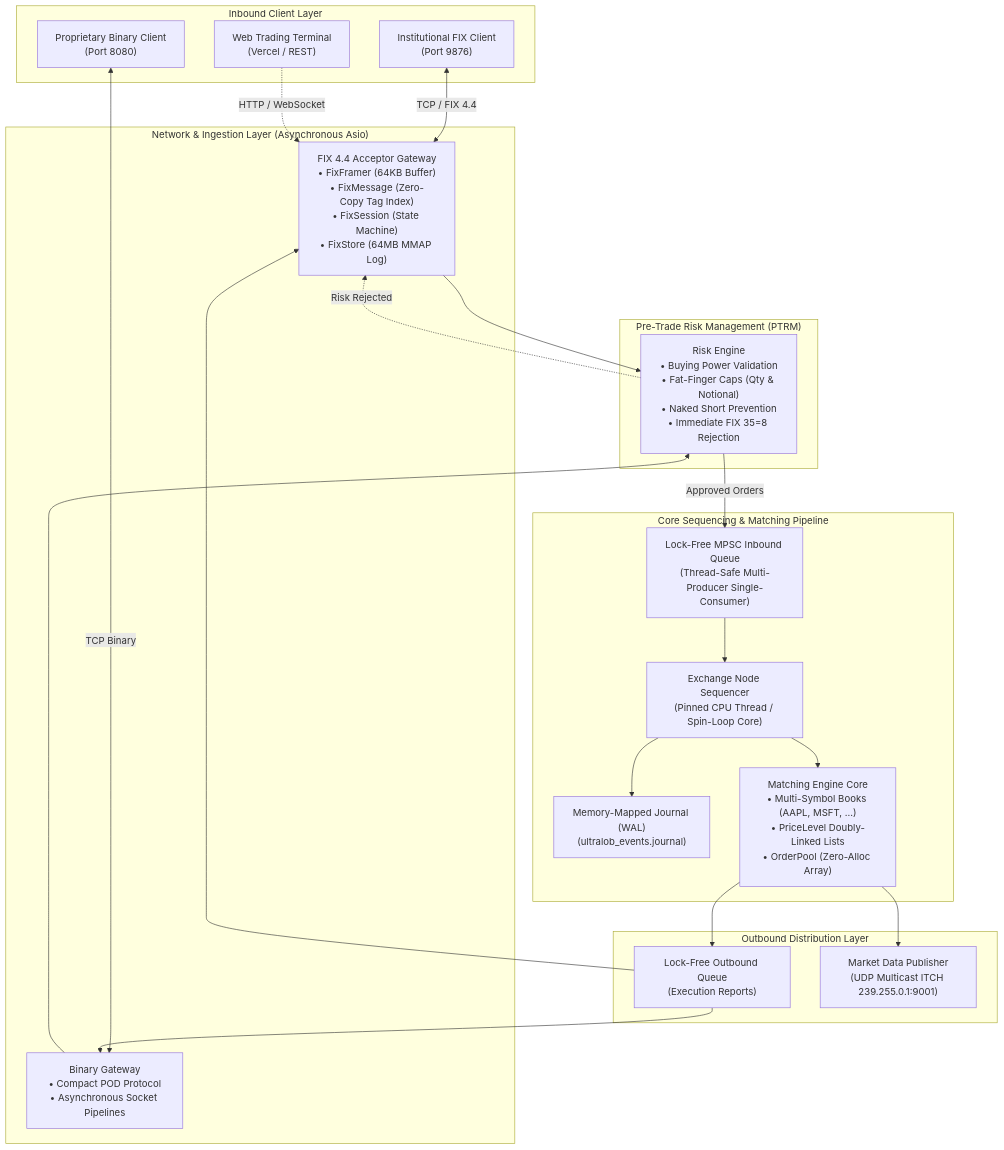
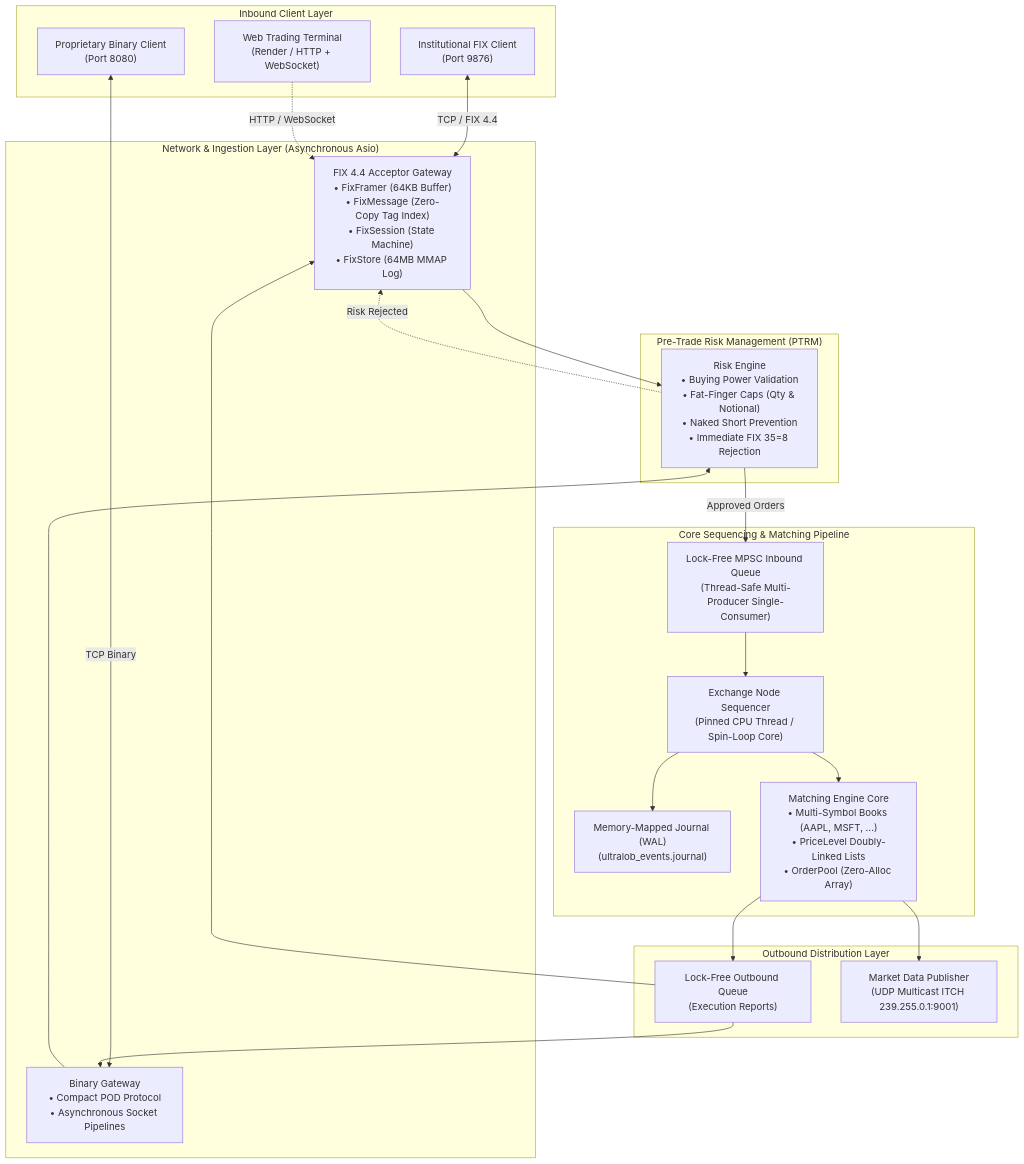
One commit to ram-mittal/UltraLOB changed the first of 2 diagrams in README.md. Above: the diagram before and after it, drawn with Mermaid. The commit also changed other lines of this file, not shown here.

Commit message:
Refresh README for Render, direct BTC data and auto Monte Carlo

````diff
--- a/README.md
+++ b/README.md
@@ -50,48 +52,48 @@
 ```mermaid
 flowchart TD
     subgraph Clients["Inbound Client Layer"]
         FIX_Client["Institutional FIX Client\n(Port 9876)"]
         BIN_Client["Proprietary Binary Client\n(Port 8080)"]
-        WEB_Client["Web Trading Terminal\n(Vercel / REST)"]
+        WEB_Client["Web Trading Terminal\n(Render / HTTP + WebSocket)"]
     end
 
     subgraph Gateways["Network & Ingestion Layer (Asynchronous Asio)"]
         FG["FIX 4.4 Acceptor Gateway\n• FixFramer (64KB Buffer)\n• FixMessage (Zero-Copy Tag Index)\n• FixSession (State Machine)\n• FixStore (64MB MMAP Log)"]
         BG["Binary Gateway\n• Compact POD Protocol\n• Asynchronous Socket Pipelines"]
     end
 
     subgraph PTRM["Pre-Trade Risk Management (PTRM)"]
         RE["Risk Engine\n• Buying Power Validation\n• Fat-Finger Caps (Qty & Notional)\n• Naked Short Prevention\n• Immediate FIX 35=8 Rejection"]
     end
 
     subgraph Sequencer["Core Sequencing & Matching Pipeline"]
         MPSC["Lock-Free MPSC Inbound Queue\n(Thread-Safe Multi-Producer Single-Consumer)"]
         NODE["Exchange Node Sequencer\n(Pinned CPU Thread / Spin-Loop Core)"]
         WAL["Memory-Mapped Journal (WAL)\n(ultralob_events.journal)"]
         ENGINE["Matching Engine Core\n• Multi-Symbol Books (AAPL, MSFT, ...)\n• PriceLevel Doubly-Linked Lists\n• OrderPool (Zero-Alloc Array)"]
     end
 
     subgraph Outbound["Outbound Distribution Layer"]
         EXEC_Q["Lock-Free Outbound Queue\n(Execution Reports)"]
         MD_PUB["Market Data Publisher\n(UDP Multicast ITCH 239.255.0.1:9001)"]
     end
 
     FIX_Client <-->|TCP / FIX 4.4| FG
     BIN_Client <-->|TCP Binary| BG
     WEB_Client -.->|HTTP / WebSocket| FG
 
     FG --> RE
     BG --> RE
     RE -->|Approved Orders| MPSC
     RE -.->|Risk Rejected| FG
 
     MPSC --> NODE
     NODE --> WAL
     NODE --> ENGINE
 
     ENGINE --> EXEC_Q
     ENGINE --> MD_PUB
 
     EXEC_Q --> FG
     EXEC_Q --> BG
 ```
````
